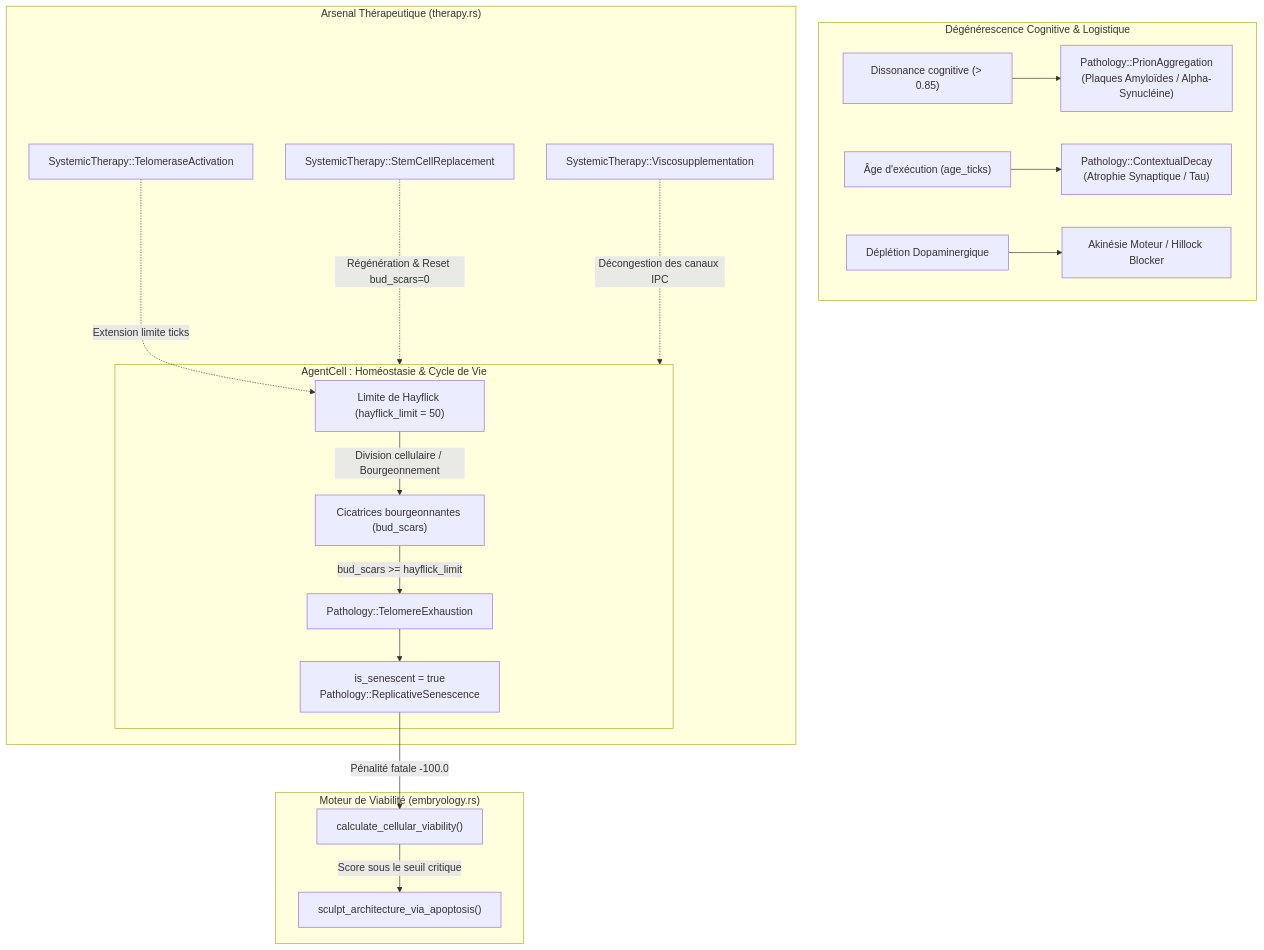
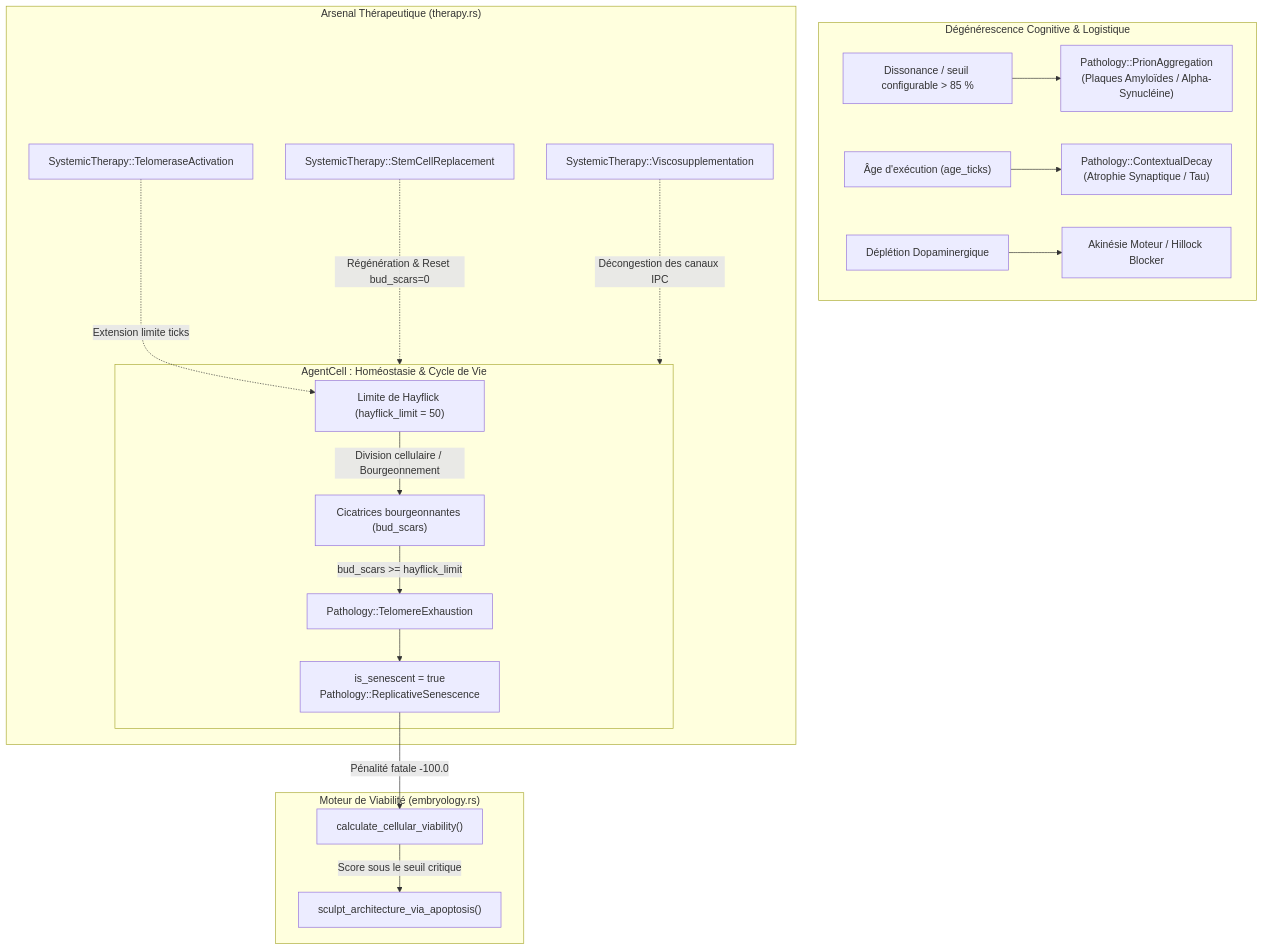
The first of 3 diagrams in docs/01-concepts/nosologie/02-degeneratives.md (PISSARAW/GenOS), drawn with Mermaid before and after one commit. The commit also changed other lines of this file and 4 other files, not shown here.

First line of the commit message:
[DOCS] Correct cognitive pathology threshold descriptions

````diff
--- a/docs/01-concepts/nosologie/02-degeneratives.md
+++ b/docs/01-concepts/nosologie/02-degeneratives.md
@@ -14,25 +14,25 @@
 ```mermaid
 graph TD
     subgraph SOMA["AgentCell : Homéostasie & Cycle de Vie"]
         HAY["Limite de Hayflick (hayflick_limit = 50)"] -->|Division cellulaire / Bourgeonnement| SCARS["Cicatrices bourgeonnantes (bud_scars)"]
         SCARS -->|bud_scars >= hayflick_limit| TELO["Pathology::TelomereExhaustion"]
         TELO --> SEN["is_senescent = true\nPathology::ReplicativeSenescence"]
     end
 
     subgraph VIABILITY["Moteur de Viabilité (embryology.rs)"]
         SEN -->|Pénalité fatale -100.0| VIAB["calculate_cellular_viability()"]
         VIAB -->|Score sous le seuil critique| APOP["sculpt_architecture_via_apoptosis()"]
     end
 
     subgraph COGNITIVE["Dégénérescence Cognitive & Logistique"]
-        DISSONANCE["Dissonance cognitive (> 0.85)"] --> PRION["Pathology::PrionAggregation\n(Plaques Amyloïdes / Alpha-Synucléine)"]
+        DISSONANCE["Dissonance / seuil configurable > 85 %"] --> PRION["Pathology::PrionAggregation\n(Plaques Amyloïdes / Alpha-Synucléine)"]
         TICKS["Âge d'exécution (age_ticks)"] --> DECAY["Pathology::ContextualDecay\n(Atrophie Synaptique / Tau)"]
         DOPA_DEP["Déplétion Dopaminergique"] --> AKINESIA["Akinésie Moteur / Hillock Blocker"]
     end
 
     subgraph THERAPY["Arsenal Thérapeutique (therapy.rs)"]
         STEM["SystemicTherapy::StemCellReplacement"] -.->|Régénération & Reset bud_scars=0| SOMA
         TELOMERASE["SystemicTherapy::TelomeraseActivation"] -.->|Extension limite ticks| HAY
         LUBRIC["SystemicTherapy::Viscosupplementation"] -.->|Décongestion des canaux IPC| SOMA
     end
 ```
````
